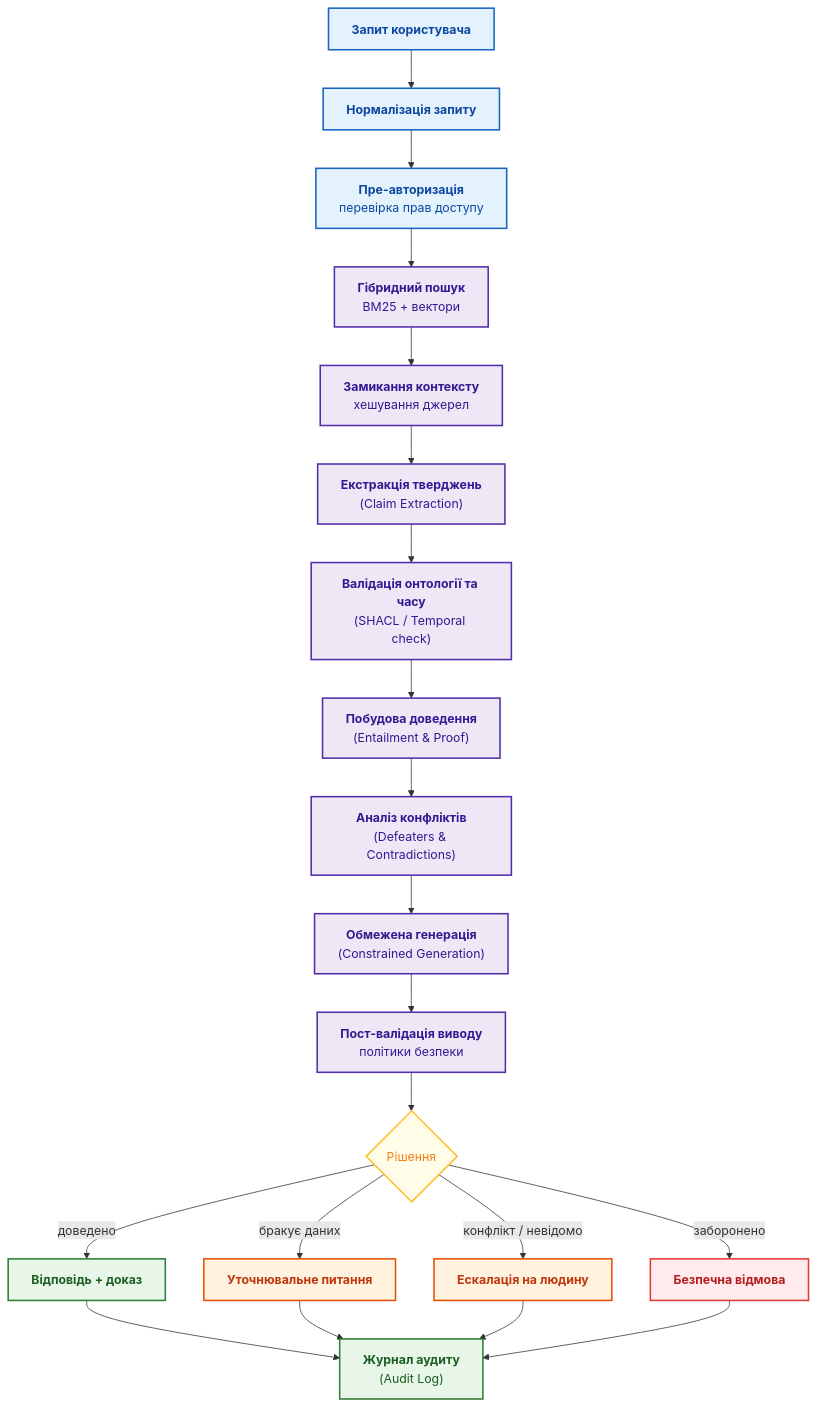
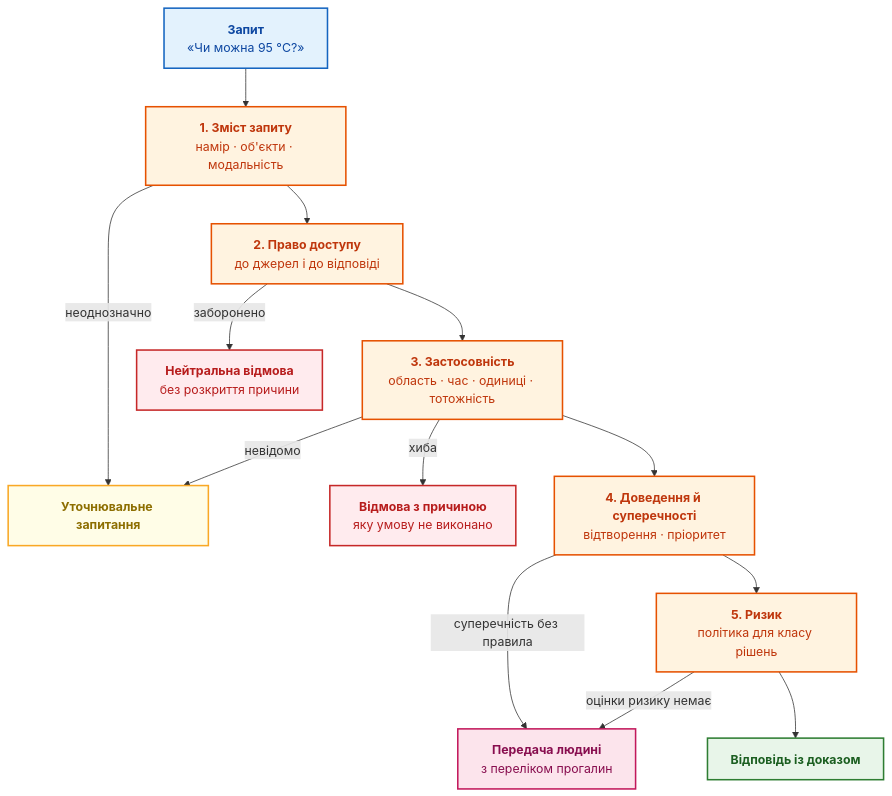
One commit to nick-fedchik/articles changed the seventh of 7 diagrams in ExpertSystem/ch02-epistemology-of-machine-knowledge.md. Above: the diagram before and after it, drawn with Mermaid. The commit also changed other lines of this file, not shown here.

````diff
--- a/ExpertSystem/ch02-epistemology-of-machine-knowledge.md
+++ b/ExpertSystem/ch02-epistemology-of-machine-knowledge.md
@@ -688,39 +894,32 @@
 ```mermaid
 flowchart TD
-    accTitle: Еталонна архітектура детермінованого виконання епістемічних контрактів
-    accDescr: Повний наскрізний потік від запиту через пре-авторизацію, валідацію, пошук конфліктів до висновку та логування аудиту.
+    accTitle: Умова відповіді експертної системи
+    accDescr: Запит проходить п'ять груп перевірок. Кожна група може завершити обробку уточненням, нейтральною відмовою, відмовою з причиною або передачею людині. Якщо всі перевірки пройдено, експертна система відповідає з доказом.
 
-    Q["<b>Запит користувача</b>"] --> N["<b>Нормалізація запиту</b>"]
-    N --> A1["<b>Пре-авторизація</b><br/>перевірка прав доступу"]
-    A1 --> R["<b>Гібридний пошук</b><br/>BM25 + вектори"]
-    R --> C["<b>Замикання контексту</b><br/>хешування джерел"]
-    C --> X["<b>Екстракція тверджень</b><br/>(Claim Extraction)"]
-    X --> V["<b>Валідація онтології та часу</b><br/>(SHACL / Temporal check)"]
-    V --> E["<b>Побудова доведення</b><br/>(Entailment & Proof)"]
-    E --> K["<b>Аналіз конфліктів</b><br/>(Defeaters & Contradictions)"]
-    K --> G["<b>Обмежена генерація</b><br/>(Constrained Generation)"]
-    G --> A2["<b>Пост-валідація виводу</b><br/>політики безпеки"]
-    A2 --> D{"Рішення"}
-    D -->|"доведено"| O["<b>Відповідь + доказ</b>"]
-    D -->|"бракує даних"| U["<b>Уточнювальне питання</b>"]
-    D -->|"конфлікт / невідомо"| HR["<b>Ескалація на людину</b>"]
-    D -->|"заборонено"| Z["<b>Безпечна відмова</b>"]
-    O --> L["<b>Журнал аудиту</b><br/>(Audit Log)"]
-    U --> L
-    HR --> L
-    Z --> L
+    Q["<b>Запит</b><br/>«Чи можна 95 °C?»"] --> N["<b>1. Зміст запиту</b><br/>намір · об'єкти · модальність"]
+    N -->|"неоднозначно"| ASK["<b>Уточнювальне запитання</b>"]
+    N --> A["<b>2. Право доступу</b><br/>до джерел і до відповіді"]
+    A -->|"заборонено"| DENY["<b>Нейтральна відмова</b><br/>без розкриття причини"]
+    A --> P["<b>3. Застосовність</b><br/>область · час · одиниці · тотожність"]
+    P -->|"невідомо"| ASK
+    P -->|"хиба"| NO["<b>Відмова з причиною</b><br/>яку умову не виконано"]
+    P --> L["<b>4. Доведення й суперечності</b><br/>відтворення · пріоритет"]
+    L -->|"суперечність без правила"| HUM["<b>Передача людині</b><br/>з переліком прогалин"]
+    L --> R["<b>5. Ризик</b><br/>політика для класу рішень"]
+    R -->|"оцінки ризику немає"| HUM
+    R --> OK["<b>Відповідь із доказом</b>"]
 
-    classDef inp fill:#e3f2fd,stroke:#1565c0,stroke-width:2px,color:#0d47a1;
-    classDef engine fill:#ede7f6,stroke:#512da8,stroke-width:2px,color:#311b92;
-    classDef branch fill:#fffde7,stroke:#fbc02d,stroke-width:2px,color:#f57f17;
-    classDef good fill:#e8f5e9,stroke:#2e7d32,stroke-width:2px,color:#1b5e20;
-    classDef warn fill:#fff3e0,stroke:#e65100,stroke-width:2px,color:#bf360c;
-    classDef bad fill:#ffebee,stroke:#e53935,stroke-width:2px,color:#b71c1c;
+    classDef q fill:#e3f2fd,stroke:#1565c0,stroke-width:2px,color:#0d47a1;
+    classDef check fill:#fff3e0,stroke:#e65100,stroke-width:2px,color:#bf360c;
+    classDef ask fill:#fffde7,stroke:#f9a825,stroke-width:2px,color:#8d6e00;
+    classDef deny fill:#ffebee,stroke:#c62828,stroke-width:2px,color:#b71c1c;
+    classDef hum fill:#fce4ec,stroke:#c2185b,stroke-width:2px,color:#880e4f;
+    classDef ok fill:#e8f5e9,stroke:#2e7d32,stroke-width:2px,color:#1b5e20;
 
-    class Q,N,A1 inp;
-    class R,C,X,V,E,K,G,A2 engine;
-    class D branch;
-    class O,L good;
-    class U,HR warn;
-    class Z bad;
+    class Q q;
+    class N,A,P,L,R check;
+    class ASK ask;
+    class DENY,NO deny;
+    class HUM hum;
+    class OK ok;
 ```
````
